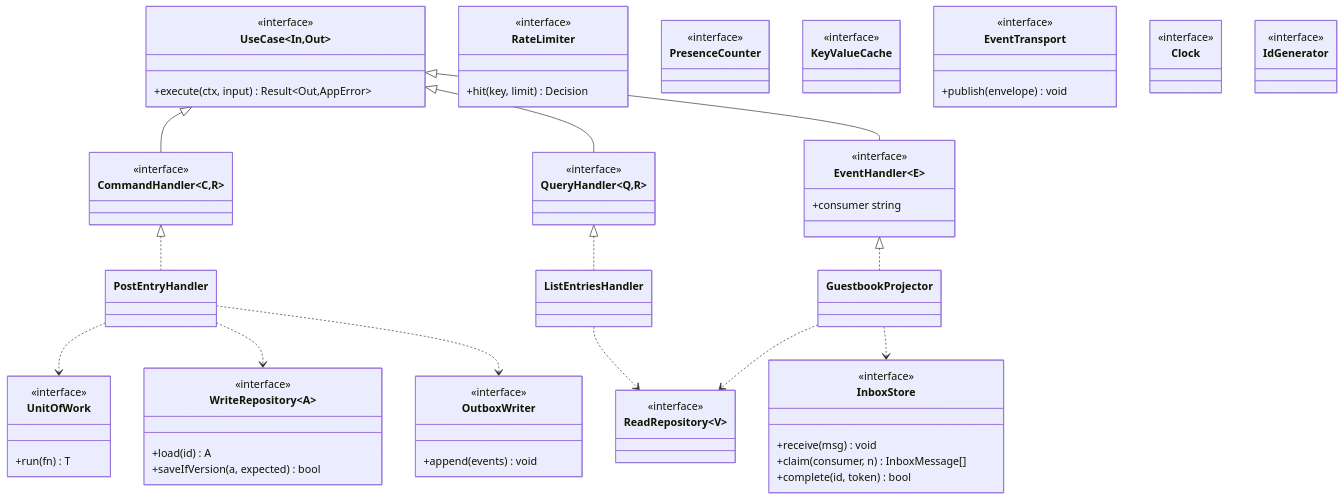
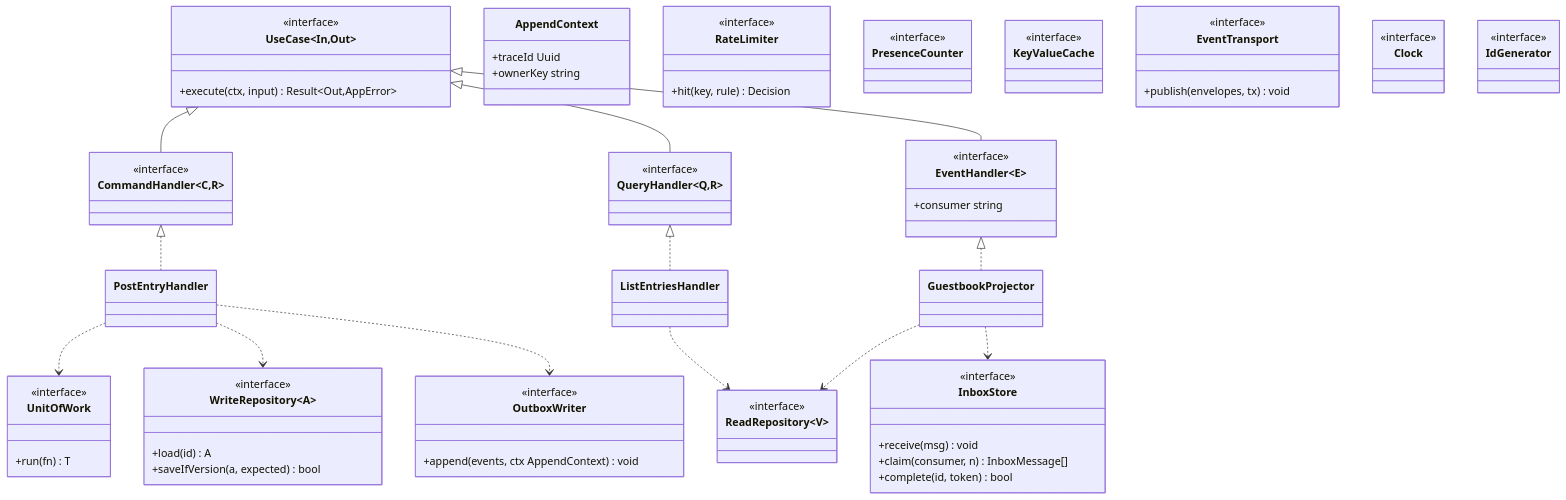
The fifth of 9 diagrams in docs/design/00-system-overview.md (1985jwlee/portpolio_backend), drawn with Mermaid before and after one commit. The commit also changed other lines of this file and 33 other files, not shown here.

````diff
--- a/docs/design/00-system-overview.md
+++ b/docs/design/00-system-overview.md
@@ -194,76 +194,80 @@
 ```mermaid
 classDiagram
     class UseCase~In,Out~ {
         <<interface>>
         +execute(ctx, input) Result~Out,AppError~
     }
     class CommandHandler~C,R~ {
         <<interface>>
     }
     class QueryHandler~Q,R~ {
         <<interface>>
     }
     class EventHandler~E~ {
         <<interface>>
         +consumer string
     }
     UseCase <|-- CommandHandler
     UseCase <|-- QueryHandler
     UseCase <|-- EventHandler
 
     class UnitOfWork {
         <<interface>>
         +run(fn) T
     }
     class WriteRepository~A~ {
         <<interface>>
         +load(id) A
         +saveIfVersion(a, expected) bool
     }
     class ReadRepository~V~ {
         <<interface>>
     }
     class OutboxWriter {
         <<interface>>
-        +append(events) void
+        +append(events, ctx AppendContext) void
+    }
+    class AppendContext {
+        +traceId Uuid
+        +ownerKey string
     }
     class InboxStore {
         <<interface>>
         +receive(msg) void
         +claim(consumer, n) InboxMessage[]
         +complete(id, token) bool
     }
     class RateLimiter {
         <<interface>>
-        +hit(key, limit) Decision
+        +hit(key, rule) Decision
     }
     class PresenceCounter {
         <<interface>>
     }
     class KeyValueCache {
         <<interface>>
     }
     class EventTransport {
         <<interface>>
-        +publish(envelope) void
+        +publish(envelopes, tx) void
     }
     class Clock {
         <<interface>>
     }
     class IdGenerator {
         <<interface>>
     }
 
     class PostEntryHandler
     class ListEntriesHandler
     class GuestbookProjector
     CommandHandler <|.. PostEntryHandler
     QueryHandler <|.. ListEntriesHandler
     EventHandler <|.. GuestbookProjector
     PostEntryHandler ..> UnitOfWork
     PostEntryHandler ..> WriteRepository
     PostEntryHandler ..> OutboxWriter
     ListEntriesHandler ..> ReadRepository
     GuestbookProjector ..> InboxStore
     GuestbookProjector ..> ReadRepository
 ```
````
